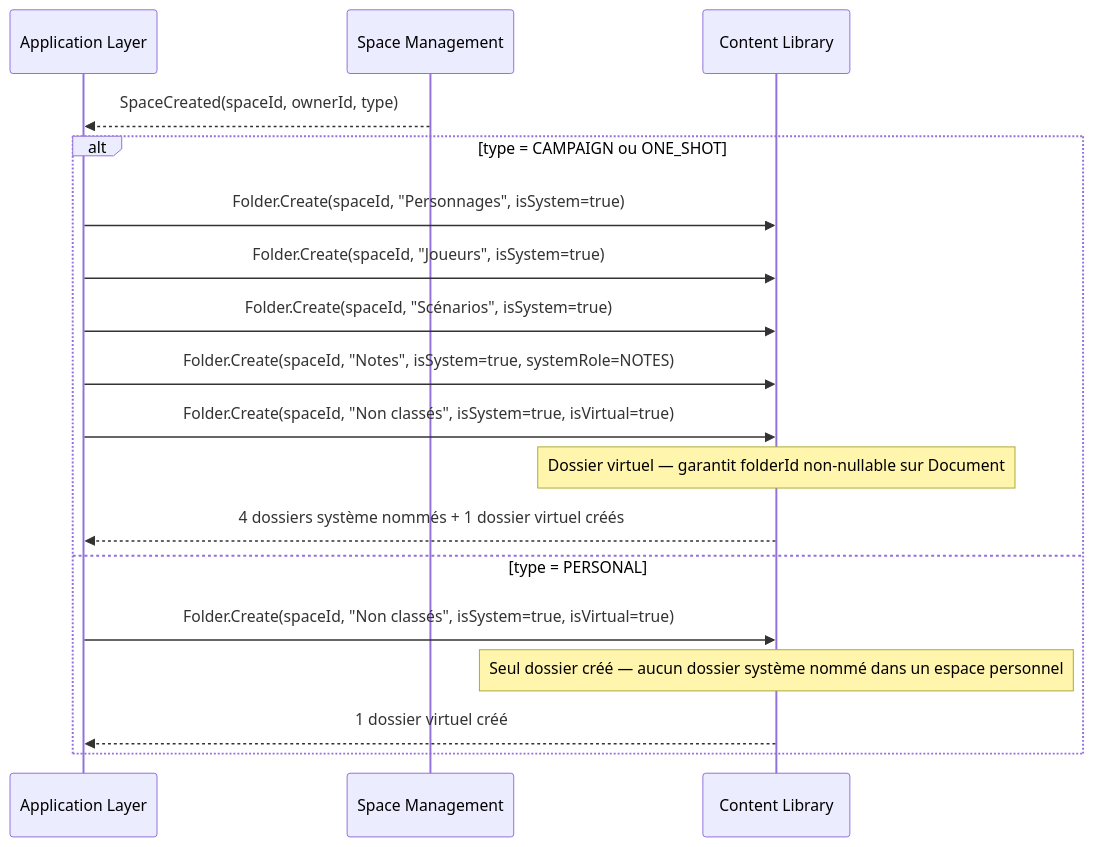
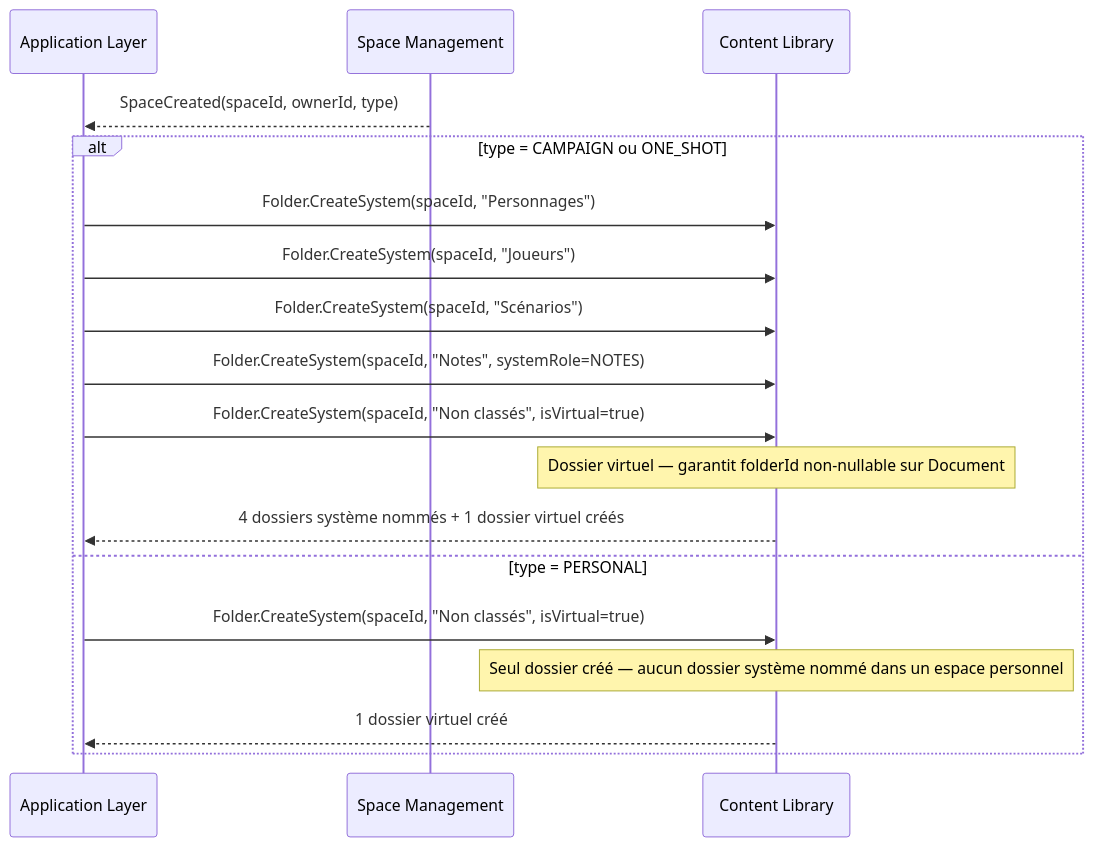
Before and after one commit to 2025-10-CDA-ECO-P6/PM-micro-saas: the first of 8 diagrams in docs/domaine/content-library/flows.md, drawn with Mermaid. The commit also changed 3 other files, not shown here.

First line of the commit message:
docs(domaine): déclare Folder.CreateSystem pour les dossiers créés à SpaceCreated

````diff
--- a/docs/domaine/content-library/flows.md
+++ b/docs/domaine/content-library/flows.md
@@ -5,21 +5,21 @@
 ```mermaid
 sequenceDiagram
     participant App as Application Layer
     participant SM as Space Management
     participant CL as Content Library
 
     SM-->>App: SpaceCreated(spaceId, ownerId, type)
     alt type = CAMPAIGN ou ONE_SHOT
-        App->>CL: Folder.Create(spaceId, "Personnages", isSystem=true)
-        App->>CL: Folder.Create(spaceId, "Joueurs", isSystem=true)
-        App->>CL: Folder.Create(spaceId, "Scénarios", isSystem=true)
-        App->>CL: Folder.Create(spaceId, "Notes", isSystem=true, systemRole=NOTES)
-        App->>CL: Folder.Create(spaceId, "Non classés", isSystem=true, isVirtual=true)
+        App->>CL: Folder.CreateSystem(spaceId, "Personnages")
+        App->>CL: Folder.CreateSystem(spaceId, "Joueurs")
+        App->>CL: Folder.CreateSystem(spaceId, "Scénarios")
+        App->>CL: Folder.CreateSystem(spaceId, "Notes", systemRole=NOTES)
+        App->>CL: Folder.CreateSystem(spaceId, "Non classés", isVirtual=true)
         Note over CL: Dossier virtuel — garantit folderId non-nullable sur Document
         CL-->>App: 4 dossiers système nommés + 1 dossier virtuel créés
     else type = PERSONAL
-        App->>CL: Folder.Create(spaceId, "Non classés", isSystem=true, isVirtual=true)
+        App->>CL: Folder.CreateSystem(spaceId, "Non classés", isVirtual=true)
         Note over CL: Seul dossier créé — aucun dossier système nommé dans un espace personnel
         CL-->>App: 1 dossier virtuel créé
     end
 ```
````
